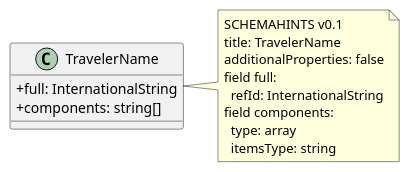
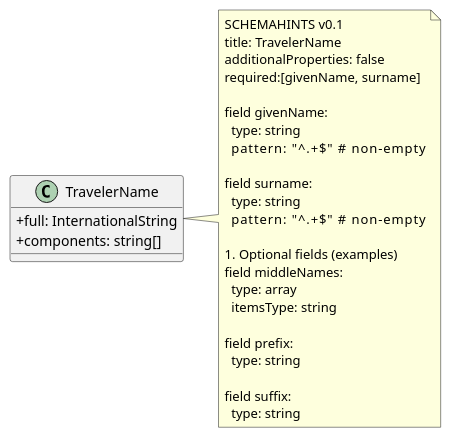
Before and after one commit to decentralized-identity/hatpro-schema-temp: the diagram in packages/identity/puml/TravelerName.puml, drawn with PlantUML. The commit also changed 2 other files, not shown here.

Commit message:
docs: add HATPRO-Schema-Conventions & remove old ProjectOrganization; tools updates; TravelerName tweaks; add .gitignore

```diff
--- a/packages/identity/puml/TravelerName.puml
+++ b/packages/identity/puml/TravelerName.puml
@@ -1,17 +1,33 @@
 @startuml
 skinparam classAttributeIconSize 0
 class TravelerName {
   +full: InternationalString
   +components: string[]
 }
 note right of TravelerName
 SCHEMAHINTS v0.1
 title: TravelerName
 additionalProperties: false
-field full:
-  refId: InternationalString
-field components:
+required:[givenName, surname]
+
+field givenName:
+  type: string
+  pattern: "^.+$"        # non-empty
+
+field surname:
+  type: string
+  pattern: "^.+$"        # non-empty
+
+# Optional fields (examples)
+field middleNames:
   type: array
   itemsType: string
+
+field prefix:
+  type: string
+
+field suffix:
+  type: string
 end note
+
 @enduml
```
